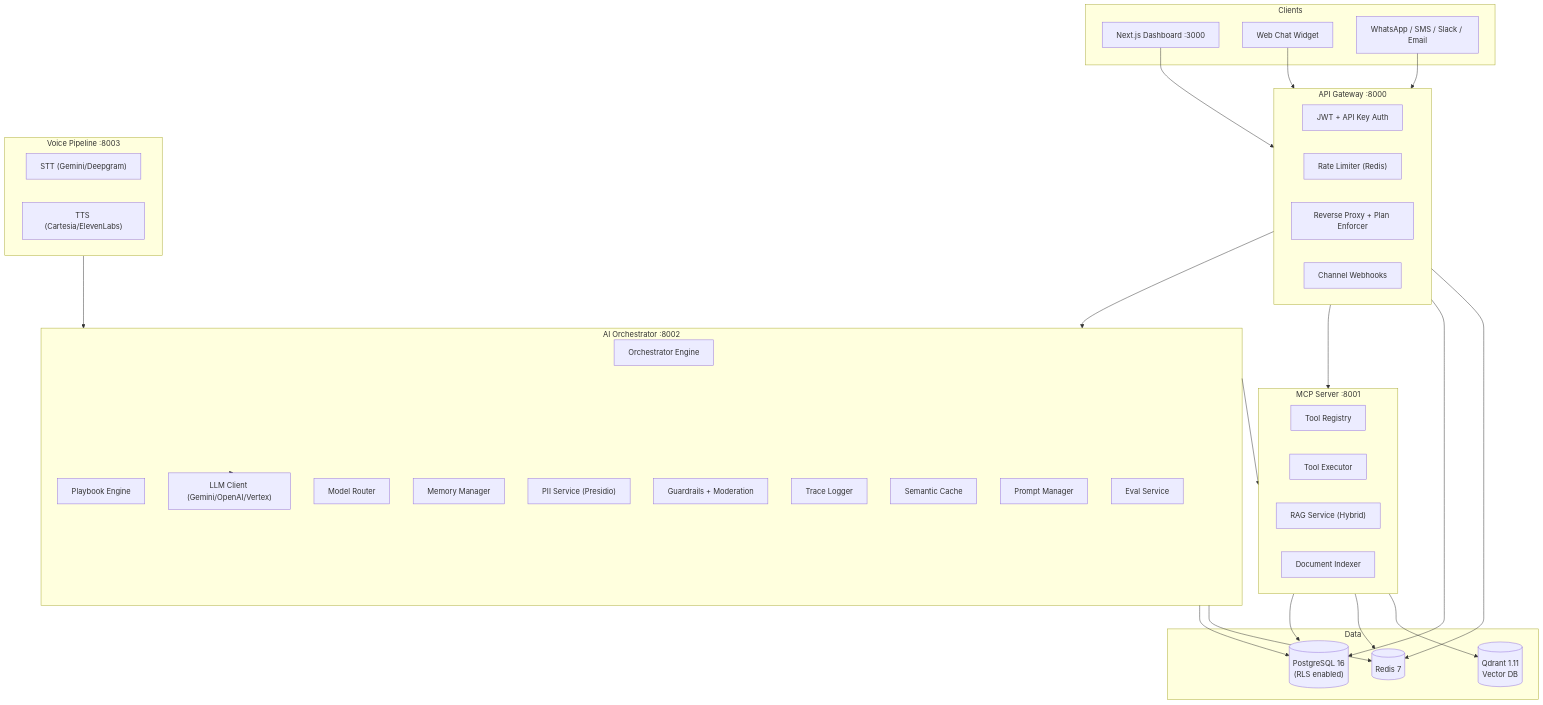
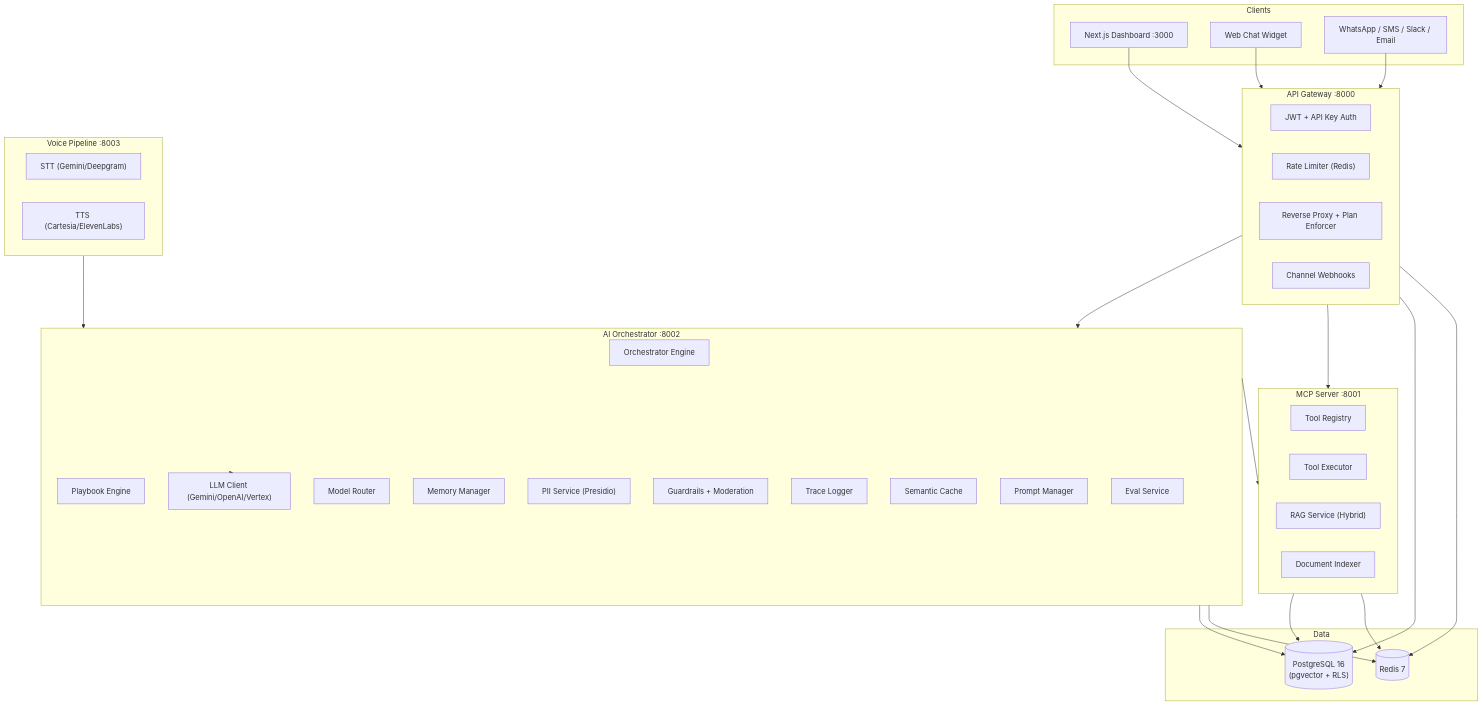
One commit to brahdian/AscenAI2 changed the second of 6 diagrams in docs/architecture.md. Above: the diagram before and after it, drawn with Mermaid. The commit also changed other lines of this file and 133 other files, not shown here.

Commit message:
Refactor PII to Natural Pseudo-Values, fix streaming de-redaction, and finalize billing monetization flow (clean commit)

````diff
--- a/docs/architecture.md
+++ b/docs/architecture.md
@@ -87,55 +87,53 @@
 ```mermaid
 graph TB
   subgraph Clients
     FE["Next.js Dashboard :3000"]
     WC["Web Chat Widget"]
     CH["WhatsApp / SMS / Slack / Email"]
   end
 
   subgraph GW["API Gateway :8000"]
     AUTH["JWT + API Key Auth"]
     RL["Rate Limiter (Redis)"]
     PROX["Reverse Proxy + Plan Enforcer"]
     CHAN["Channel Webhooks"]
   end
 
   subgraph OR["AI Orchestrator :8002"]
     ORCH["Orchestrator Engine"]
     PB["Playbook Engine"]
     LLM["LLM Client (Gemini/OpenAI/Vertex)"]
     MR["Model Router"]
     MEM["Memory Manager"]
     PII["PII Service (Presidio)"]
     GRD["Guardrails + Moderation"]
     TL["Trace Logger"]
     SC["Semantic Cache"]
     PM["Prompt Manager"]
     EV["Eval Service"]
   end
 
   subgraph MCP["MCP Server :8001"]
     TR["Tool Registry"]
     TE["Tool Executor"]
     RAG["RAG Service (Hybrid)"]
     DI["Document Indexer"]
   end
 
   subgraph VP["Voice Pipeline :8003"]
     STT["STT (Gemini/Deepgram)"]
     TTS["TTS (Cartesia/ElevenLabs)"]
   end
 
   subgraph Data
-    PG[("PostgreSQL 16\n(RLS enabled)")]
+    PG[("PostgreSQL 16\n(pgvector + RLS)")]
     RD[("Redis 7")]
-    QD[("Qdrant 1.11\nVector DB")]
   end
 
   FE & WC & CH --> GW
   GW --> OR & MCP
   OR --> MCP
   OR --> LLM
   VP --> OR
   OR & MCP & GW --> PG & RD
-  MCP --> QD
 ```
````
